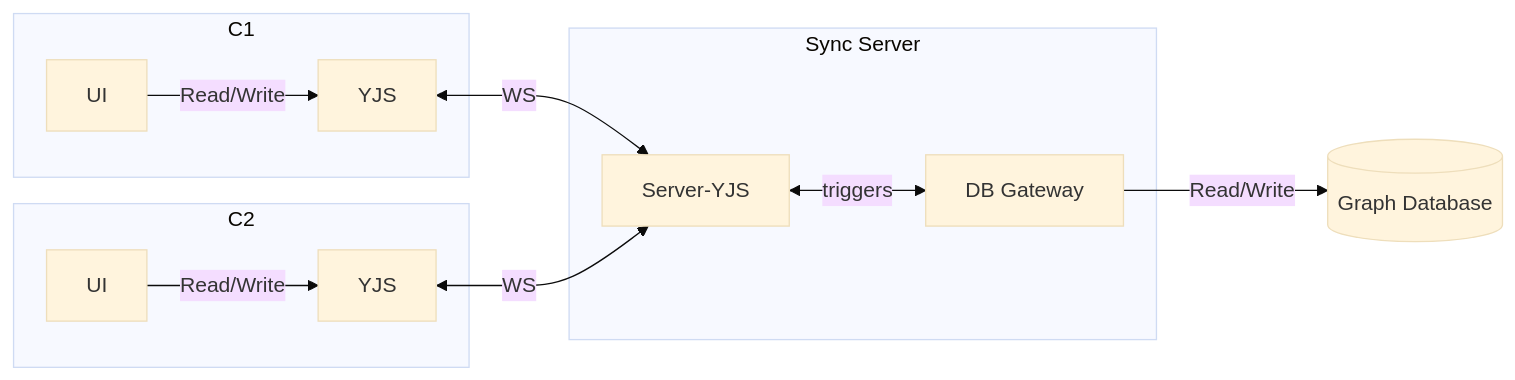
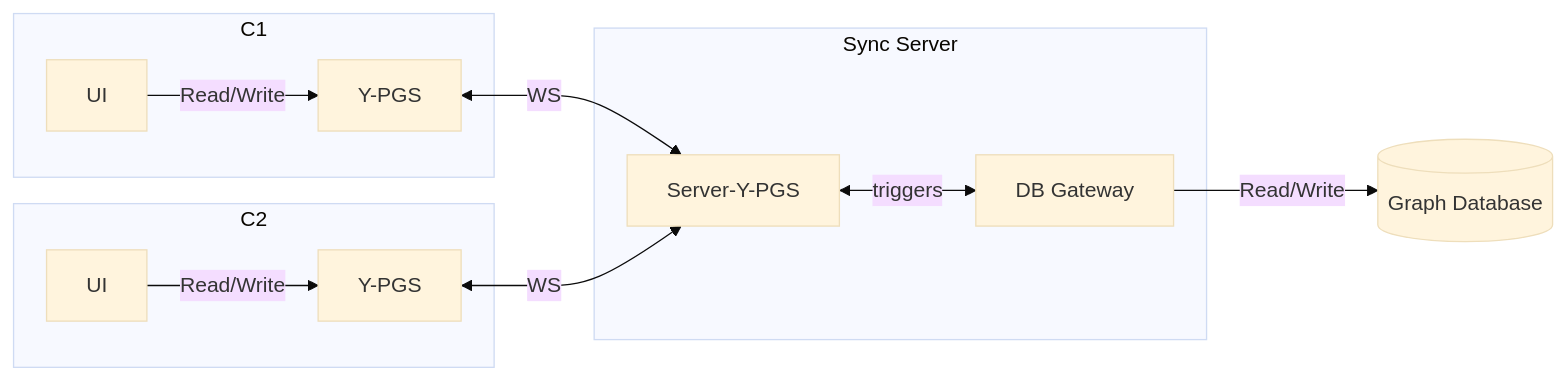
One commit to MichaLandgram/Property_Graph_CRDT changed the fourth of 8 diagrams in MasterReactApp_ts/Thoughts/Architecture/Architecture_Decisions.md. Above: the diagram before and after it, drawn with Mermaid (base theme). The commit also changed other lines of this file and 1 other file, not shown here.

````diff
--- a/MasterReactApp_ts/Thoughts/Architecture/Architecture_Decisions.md
+++ b/MasterReactApp_ts/Thoughts/Architecture/Architecture_Decisions.md
@@ -51,16 +59,16 @@
 ```mermaid
 graph LR
     subgraph C1
-        UI1[UI] -->|Read/Write| YJS1[YJS]
+        UI1[UI] -->|Read/Write| YJS1[Y-PGS]
     end
-    YJS1 <-->|WS| YJS3[Server-YJS]
+    YJS1 <-->|WS| YJS3[Server-Y-PGS]
     subgraph C2
-        UI2[UI] -->|Read/Write| YJS2[YJS]
+        UI2[UI] -->|Read/Write| YJS2[Y-PGS]
     end
     YJS2 <-->|WS| YJS3
     subgraph Sync Server
         GB[DB Gateway]
         YJS3 <-->|triggers| GB
     end
     GB -->|Read/Write| DB[(Graph Database)]
 ```
````
